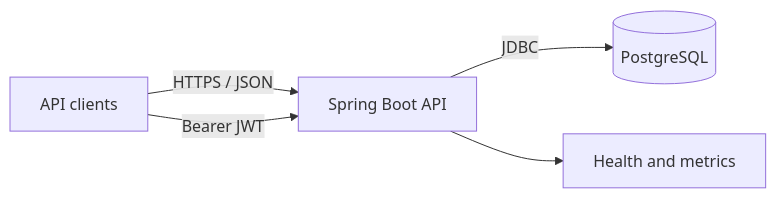
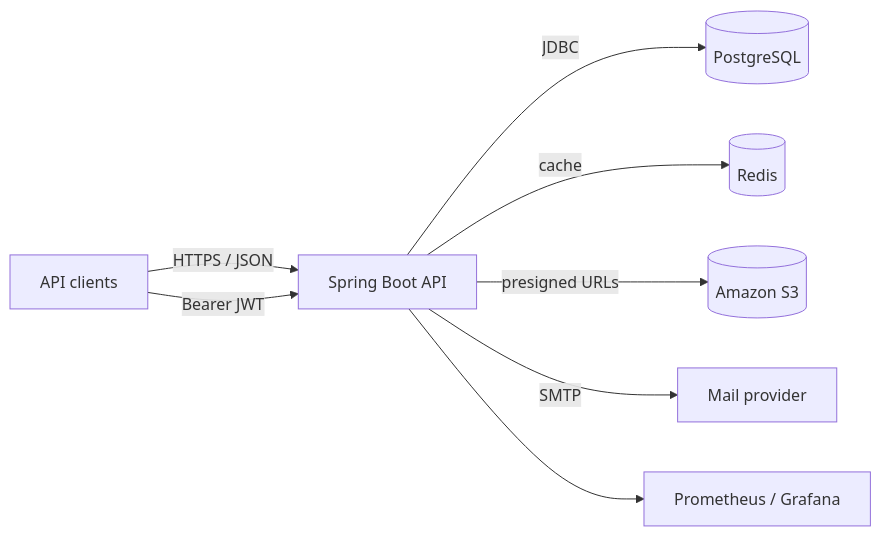
One commit to Goureesankarr/sprintforge changed the first of 3 diagrams in docs/architecture.md. Above: the diagram before and after it, drawn with Mermaid. The commit also changed other lines of this file and 1 other file, not shown here.

Commit message:
docs: document production architecture

````diff
--- a/docs/architecture.md
+++ b/docs/architecture.md
@@ -7,7 +7,10 @@
 ```mermaid
 flowchart LR
     C[API clients] -->|HTTPS / JSON| API[Spring Boot API]
     C -->|Bearer JWT| API
     API -->|JDBC| DB[(PostgreSQL)]
-    API --> OBS[Health and metrics]
+    API -->|cache| R[(Redis)]
+    API -->|presigned URLs| S3[(Amazon S3)]
+    API -->|SMTP| M[Mail provider]
+    API --> OBS[Prometheus / Grafana]
 ```
````
